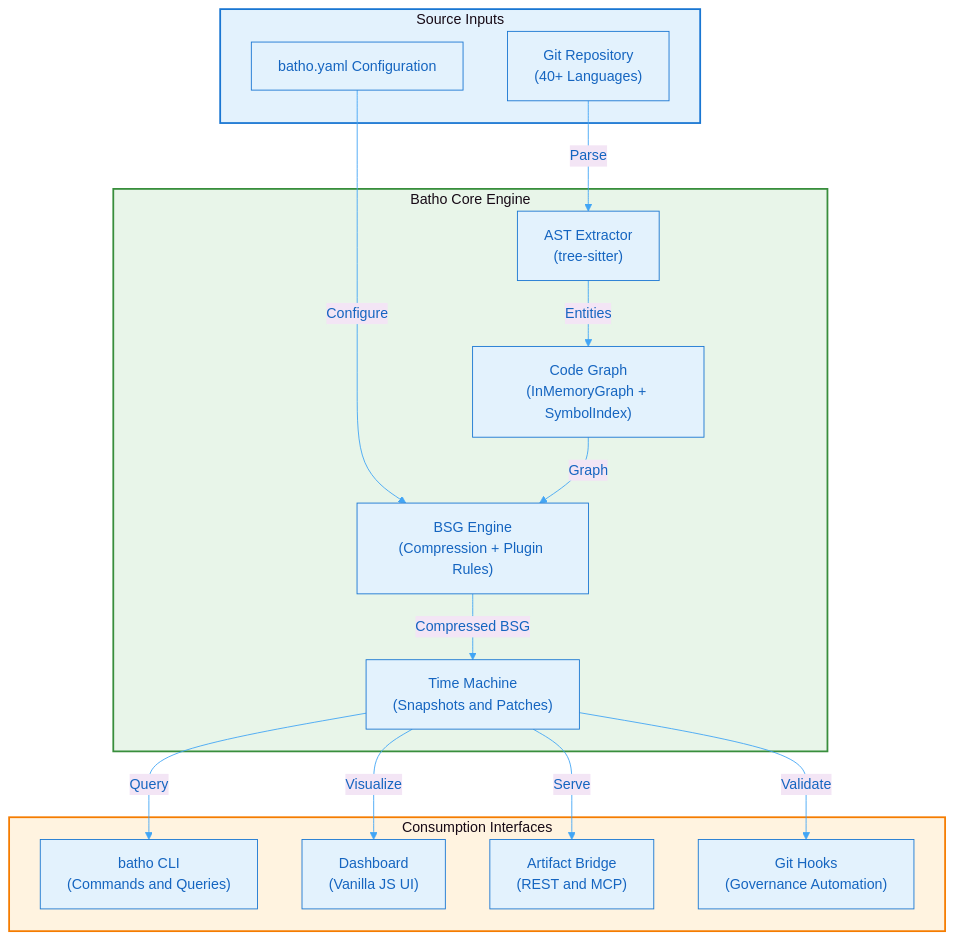
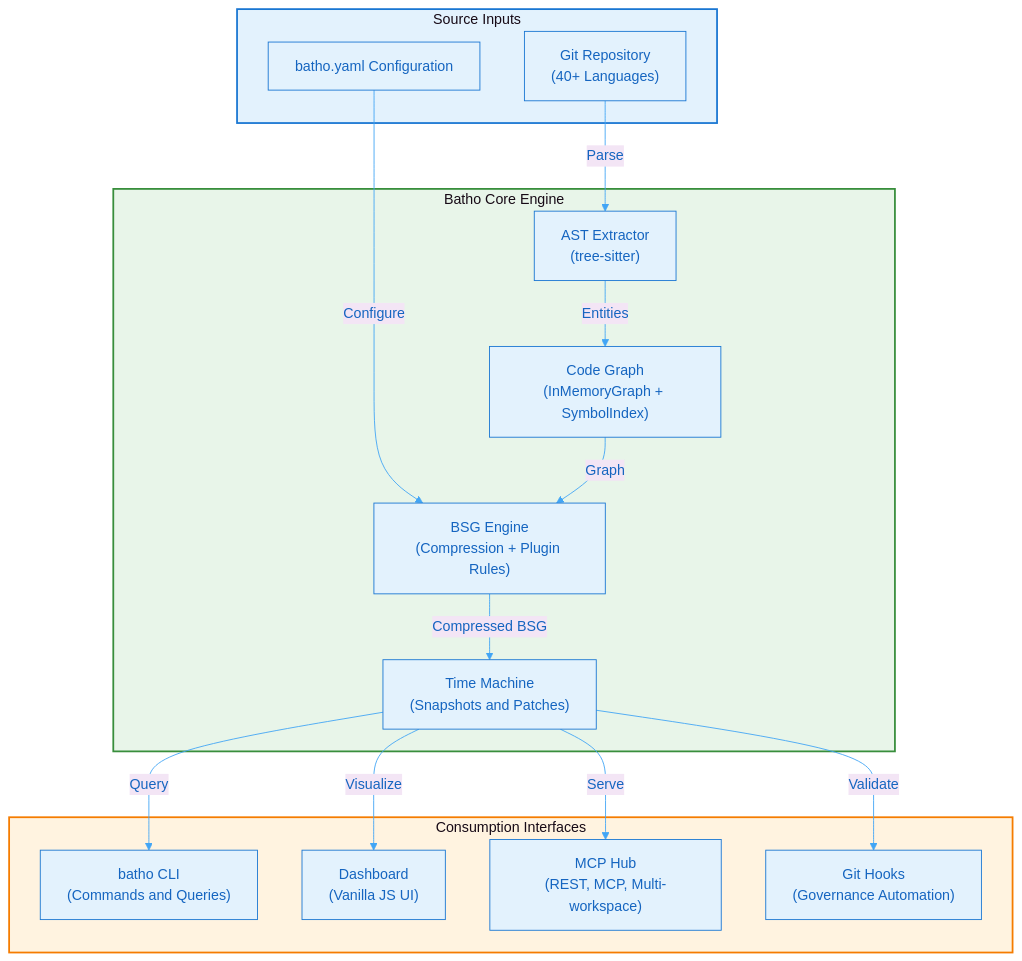
The diagram in docs-site/docs/whitepaper/index.md (sageoz/Batho), drawn with Mermaid before and after one commit. The commit also changed other lines of this file and 58 other files, not shown here.

````diff
--- a/docs-site/docs/whitepaper/index.md
+++ b/docs-site/docs/whitepaper/index.md
@@ -39,36 +39,36 @@
 ```mermaid
 %%{init: {'theme': 'base', 'themeVariables': { 'primaryColor': '#e3f2fd', 'primaryTextColor': '#1565c0', 'primaryBorderColor': '#1976d2', 'lineColor': '#42a5f5', 'secondaryColor': '#f3e5f5', 'tertiaryColor': '#e8f5e9'}}}%%
 flowchart TB
     subgraph Input["Source Inputs"]
         REPO["Git Repository<br/>(40+ Languages)"]
         CFG["batho.yaml Configuration"]
     end
 
     subgraph Engine["Batho Core Engine"]
         EX["AST Extractor<br/>(tree-sitter)"]
         CG["Code Graph<br/>(InMemoryGraph + SymbolIndex)"]
         BSG["BSG Engine<br/>(Compression + Plugin Rules)"]
         TM["Time Machine<br/>(Snapshots and Patches)"]
     end
 
     subgraph Output["Consumption Interfaces"]
         CLI["batho CLI<br/>(Commands and Queries)"]
         DASH["Dashboard<br/>(Vanilla JS UI)"]
-        BRIDGE["Artifact Bridge<br/>(REST and MCP)"]
+        BRIDGE["MCP Hub<br/>(REST, MCP, Multi-workspace)"]
         HOOKS["Git Hooks<br/>(Governance Automation)"]
     end
 
     REPO -->|"Parse"| EX
     CFG -->|"Configure"| BSG
     EX -->|"Entities"| CG
     CG -->|"Graph"| BSG
     BSG -->|"Compressed BSG"| TM
     TM -->|"Query"| CLI
     TM -->|"Visualize"| DASH
     TM -->|"Serve"| BRIDGE
     TM -->|"Validate"| HOOKS
 
     style Input fill:#e3f2fd,stroke:#1976d2,stroke-width:2px
     style Engine fill:#e8f5e9,stroke:#388e3c,stroke-width:2px
     style Output fill:#fff3e0,stroke:#f57c00,stroke-width:2px
 ```
````
